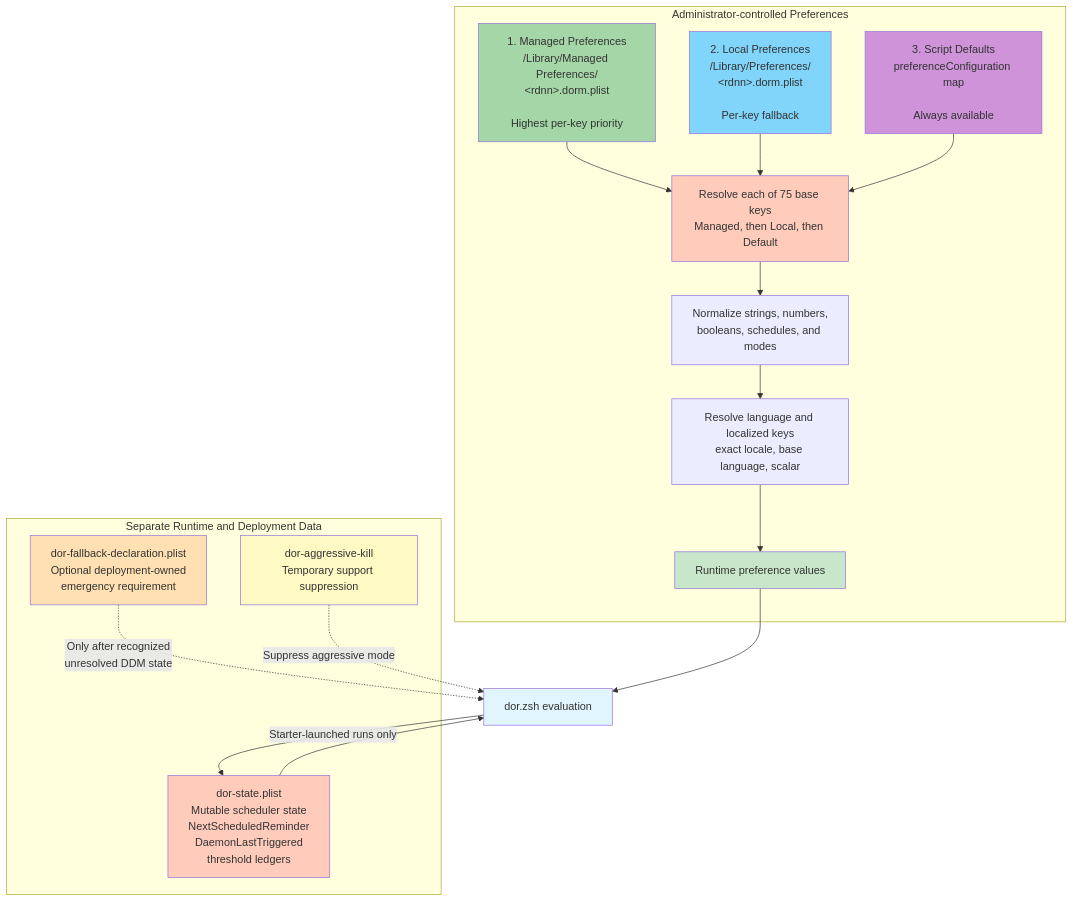
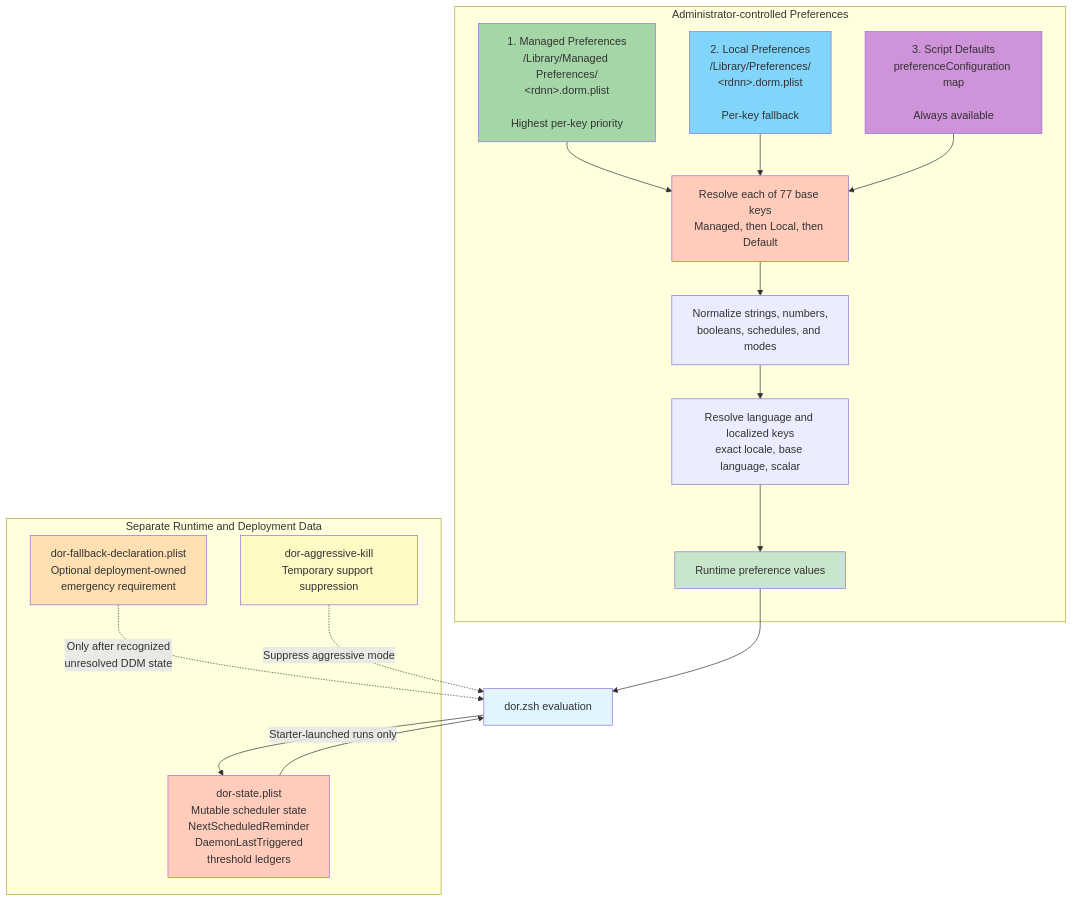
Before and after one commit to dan-snelson/DDM-OS-Reminder: the diagram in Diagrams/05-configuration-hierarchy.md, drawn with Mermaid. The commit also changed other lines of this file and 47 other files, not shown here.

````diff
--- a/Diagrams/05-configuration-hierarchy.md
+++ b/Diagrams/05-configuration-hierarchy.md
@@ -5,37 +5,37 @@
 ```mermaid
 flowchart TB
     subgraph Admin["Administrator-controlled Preferences"]
         Managed["1. Managed Preferences<br/>/Library/Managed Preferences/<br/>&lt;rdnn&gt;.dorm.plist<br/><br/>Highest per-key priority"]
         Local["2. Local Preferences<br/>/Library/Preferences/<br/>&lt;rdnn&gt;.dorm.plist<br/><br/>Per-key fallback"]
         Defaults["3. Script Defaults<br/>preferenceConfiguration map<br/><br/>Always available"]
 
-        Managed --> Resolve["Resolve each of 75 base keys<br/>Managed, then Local, then Default"]
+        Managed --> Resolve["Resolve each of 77 base keys<br/>Managed, then Local, then Default"]
         Local --> Resolve
         Defaults --> Resolve
         Resolve --> Types["Normalize strings, numbers,<br/>booleans, schedules, and modes"]
         Types --> Localize["Resolve language and localized keys<br/>exact locale, base language, scalar"]
         Localize --> Runtime["Runtime preference values"]
     end
 
     subgraph Separate["Separate Runtime and Deployment Data"]
         State["dor-state.plist<br/>Mutable scheduler state<br/>NextScheduledReminder<br/>DaemonLastTriggered<br/>threshold ledgers"]
         Fallback["dor-fallback-declaration.plist<br/>Optional deployment-owned<br/>emergency requirement"]
         Kill["dor-aggressive-kill<br/>Temporary support suppression"]
     end
 
     Runtime --> Main["dor.zsh evaluation"]
     State --> Main
     Fallback -.->|Only after recognized<br/>unresolved DDM state| Main
     Kill -.->|Suppress aggressive mode| Main
     Main -->|Starter-launched runs only| State
 
     style Managed fill:#a5d6a7
     style Local fill:#81d4fa
     style Defaults fill:#ce93d8
     style Resolve fill:#ffccbc
     style Runtime fill:#c8e6c9
     style State fill:#ffccbc
     style Fallback fill:#ffe0b2
     style Kill fill:#fff9c4
     style Main fill:#e1f5ff
 ```
````
